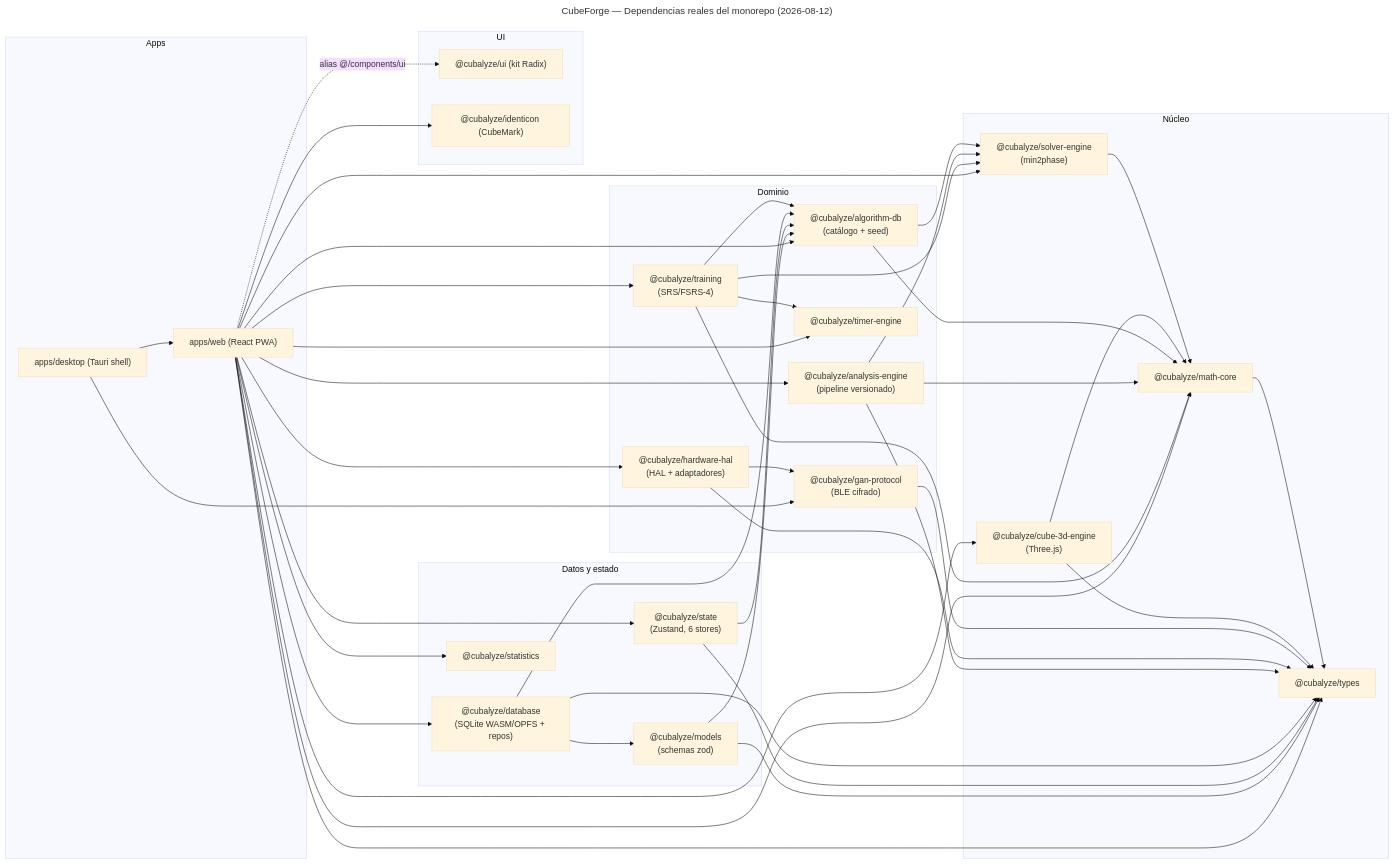
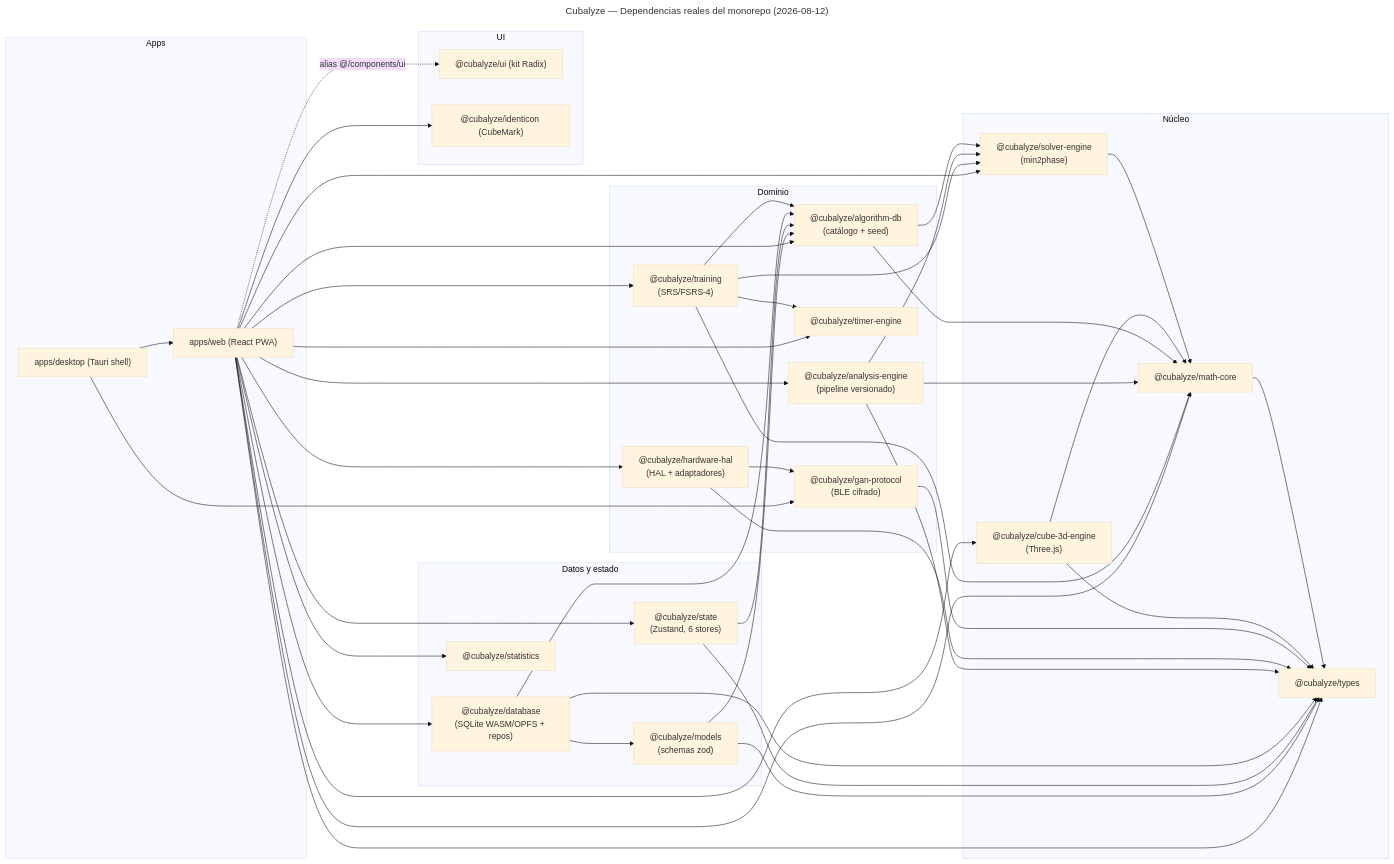
Before and after one commit to Doritozz05/Cubalyze: the diagram in docs/02-architecture/diagrams/monorepo-dependencies.mmd, drawn with Mermaid (base theme). The commit also changed 10 other files, not shown here.

```diff
--- a/docs/02-architecture/diagrams/monorepo-dependencies.mmd
+++ b/docs/02-architecture/diagrams/monorepo-dependencies.mmd
@@ -1,87 +1,87 @@
 ---
-title: CubeForge — Dependencias reales del monorepo (2026-08-12)
+title: Cubalyze — Dependencias reales del monorepo (2026-08-12)
 ---
 %% Verificado contra imports reales (grep de "@cubalyze/*" en src).
 %% Los edges solo de tests (p.ej. math-core → hardware-hal en fuzzing.test.ts)
 %% no se representan: no son dependencias de producción.
 
 flowchart LR
     subgraph Apps["Apps"]
         web["apps/web (React PWA)"]
         desktop["apps/desktop (Tauri shell)"]
     end
 
     subgraph Data["Datos y estado"]
         database["@cubalyze/database<br/>(SQLite WASM/OPFS + repos)"]
         state["@cubalyze/state<br/>(Zustand, 6 stores)"]
         models["@cubalyze/models<br/>(schemas zod)"]
         statistics["@cubalyze/statistics"]
     end
 
     subgraph Domain["Dominio"]
         training["@cubalyze/training<br/>(SRS/FSRS-4)"]
         analysis["@cubalyze/analysis-engine<br/>(pipeline versionado)"]
         algodb["@cubalyze/algorithm-db<br/>(catálogo + seed)"]
         hal["@cubalyze/hardware-hal<br/>(HAL + adaptadores)"]
         timer["@cubalyze/timer-engine"]
         gan["@cubalyze/gan-protocol<br/>(BLE cifrado)"]
     end
 
     subgraph Core["Núcleo"]
         mathcore["@cubalyze/math-core"]
         solver["@cubalyze/solver-engine<br/>(min2phase)"]
         cube3d["@cubalyze/cube-3d-engine<br/>(Three.js)"]
         types["@cubalyze/types"]
     end
 
     subgraph UI["UI"]
         ui["@cubalyze/ui (kit Radix)"]
         identicon["@cubalyze/identicon (CubeMark)"]
     end
 
     %% Núcleo
     mathcore --> types
     solver --> mathcore
     cube3d --> mathcore
     cube3d --> types
 
     %% Dominio
     algodb --> mathcore
     algodb --> solver
     gan --> types
     hal --> gan
     hal --> types
     analysis --> mathcore
     analysis --> solver
     analysis --> types
     training --> algodb
     training --> mathcore
     training --> solver
     training --> timer
 
     %% Datos
     database --> algodb
     database --> models
     database --> types
     state --> algodb
     state --> types
     models --> algodb
     models --> types
 
     %% Apps
     web --> algodb
     web --> analysis
     web --> cube3d
     web --> database
     web --> hal
     web --> identicon
     web --> mathcore
     web --> solver
     web --> state
     web --> statistics
     web --> timer
     web --> training
     web --> types
     web -. "alias @/components/ui" .-> ui
     desktop --> web
     desktop --> gan
```
